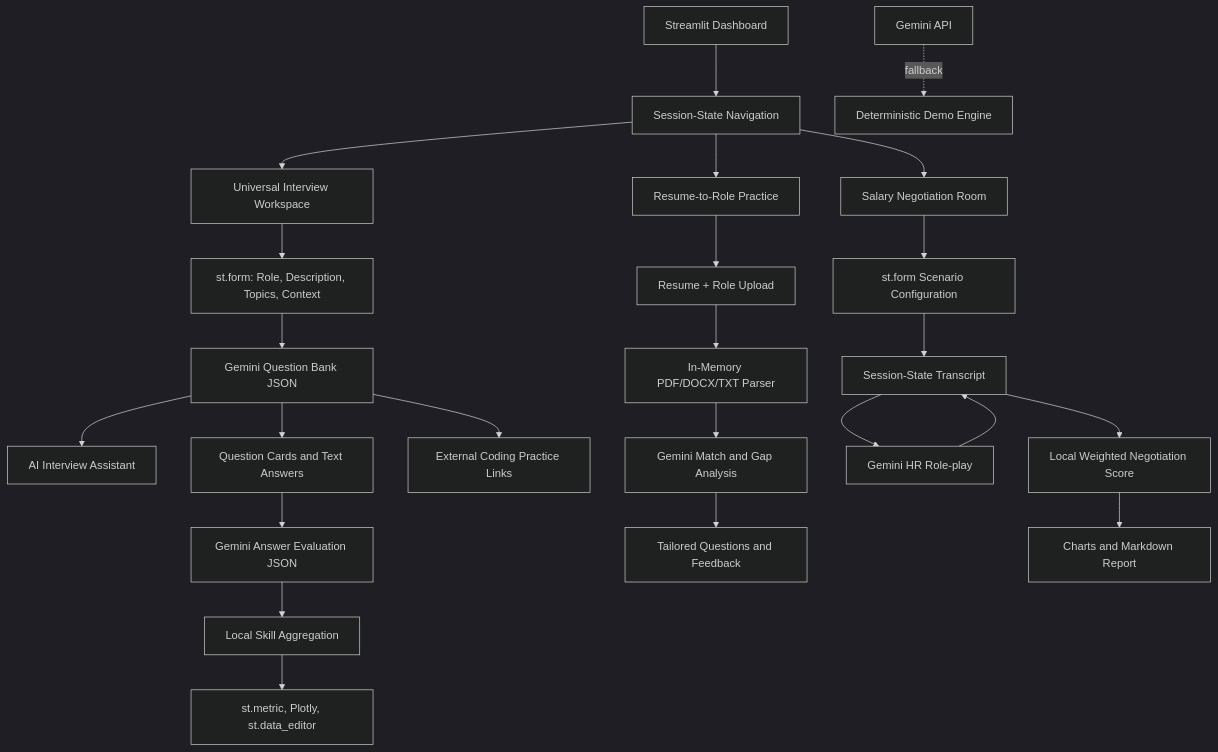
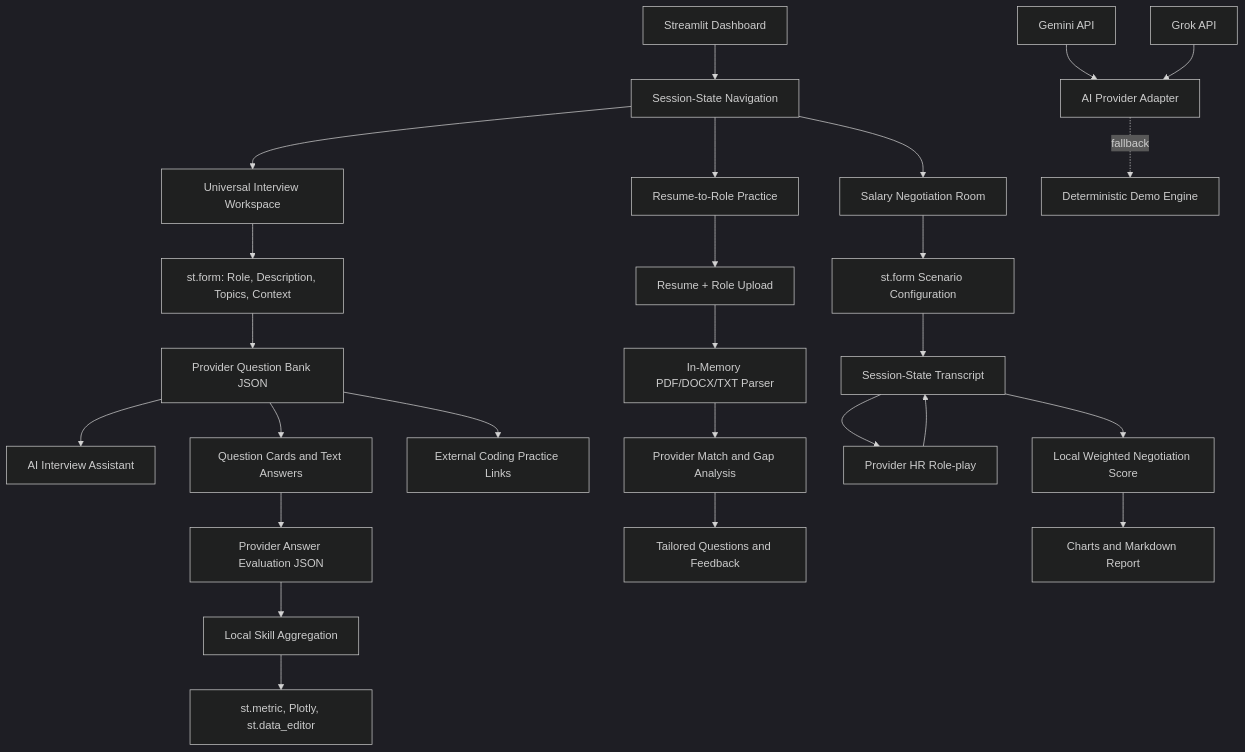
Before and after one commit to Himanshu90909/careercoach-ai: the diagram in docs/architecture.md, drawn with Mermaid (dark theme). The commit also changed other lines of this file, not shown here.

````diff
--- a/docs/architecture.md
+++ b/docs/architecture.md
@@ -9,30 +9,33 @@
 ```mermaid
 flowchart TD
     UI[Streamlit Dashboard] --> NAV[Session-State Navigation]
     NAV --> INTERVIEW[Universal Interview Workspace]
     NAV --> ROLEFIT[Resume-to-Role Practice]
     NAV --> NEGOTIATE[Salary Negotiation Room]
 
     INTERVIEW --> FORM[st.form: Role, Description, Topics, Context]
-    FORM --> BANK[Gemini Question Bank JSON]
+    FORM --> BANK[Provider Question Bank JSON]
     BANK --> ASSIST[AI Interview Assistant]
     BANK --> PRACTICE[Question Cards and Text Answers]
-    PRACTICE --> EVAL[Gemini Answer Evaluation JSON]
+    PRACTICE --> EVAL[Provider Answer Evaluation JSON]
     EVAL --> RANK[Local Skill Aggregation]
     RANK --> KPI[st.metric, Plotly, st.data_editor]
     BANK --> CODING[External Coding Practice Links]
 
     ROLEFIT --> UPLOAD[Resume + Role Upload]
     UPLOAD --> PARSER[In-Memory PDF/DOCX/TXT Parser]
-    PARSER --> MATCH[Gemini Match and Gap Analysis]
+    PARSER --> MATCH[Provider Match and Gap Analysis]
     MATCH --> TAILOR[Tailored Questions and Feedback]
 
     NEGOTIATE --> SCENARIO[st.form Scenario Configuration]
     SCENARIO --> TRANSCRIPT[Session-State Transcript]
-    TRANSCRIPT --> HR[Gemini HR Role-play]
+    TRANSCRIPT --> HR[Provider HR Role-play]
     HR --> TRANSCRIPT
     TRANSCRIPT --> SCORE[Local Weighted Negotiation Score]
     SCORE --> REPORT[Charts and Markdown Report]
 
-    GEMINI[Gemini API] -. fallback .-> DEMO[Deterministic Demo Engine]
+    PROVIDER[AI Provider Adapter]
+    GEMINI[Gemini API] --> PROVIDER
+    GROK[Grok API] --> PROVIDER
+    PROVIDER -. fallback .-> DEMO[Deterministic Demo Engine]
 ```
````
